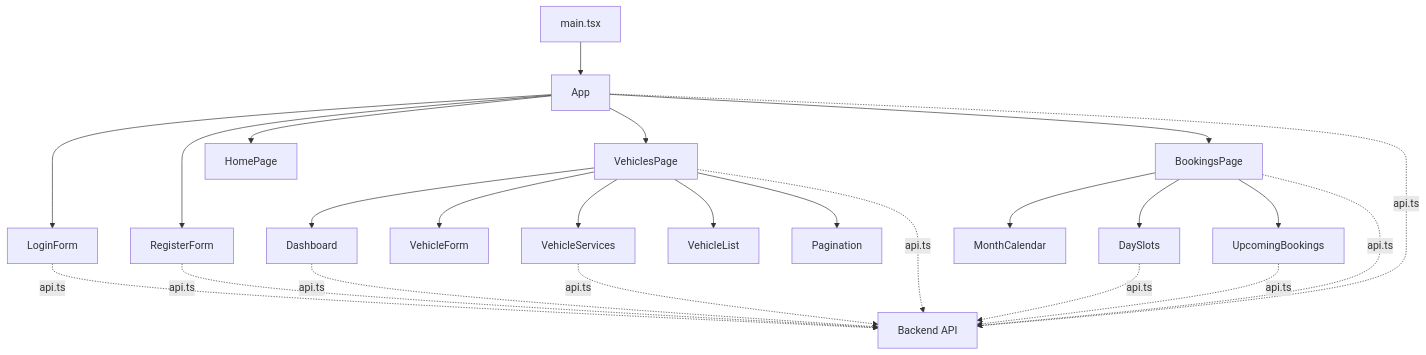
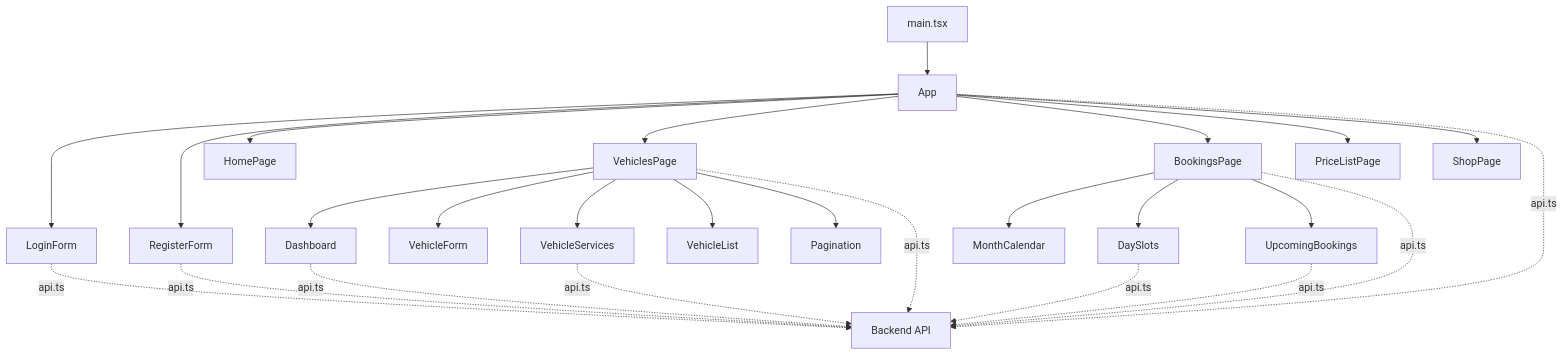
One commit to Matus1232/car-fleet- changed the diagram in frontend/README.md. Above: the diagram before and after it, drawn with Mermaid. The commit also changed other lines of this file and 36 other files, not shown here.

````diff
--- a/frontend/README.md
+++ b/frontend/README.md
@@ -38,26 +44,28 @@
 ```mermaid
 flowchart TD
     main["main.tsx"] --> App
     App --> LoginForm
     App --> RegisterForm
     App --> HomePage
     App --> VehiclesPage
     App --> BookingsPage
+    App --> PriceListPage
+    App --> ShopPage
     VehiclesPage --> Dashboard
     VehiclesPage --> VehicleForm
     VehiclesPage --> VehicleServices
     VehiclesPage --> VehicleList
     VehiclesPage --> Pagination
     BookingsPage --> MonthCalendar
     BookingsPage --> DaySlots
     BookingsPage --> UpcomingBookings
     App -. "api.ts" .-> API["Backend API"]
     LoginForm -. "api.ts" .-> API
     RegisterForm -. "api.ts" .-> API
     VehiclesPage -. "api.ts" .-> API
     VehicleServices -. "api.ts" .-> API
     Dashboard -. "api.ts" .-> API
     BookingsPage -. "api.ts" .-> API
     DaySlots -. "api.ts" .-> API
     UpcomingBookings -. "api.ts" .-> API
 ```
````
